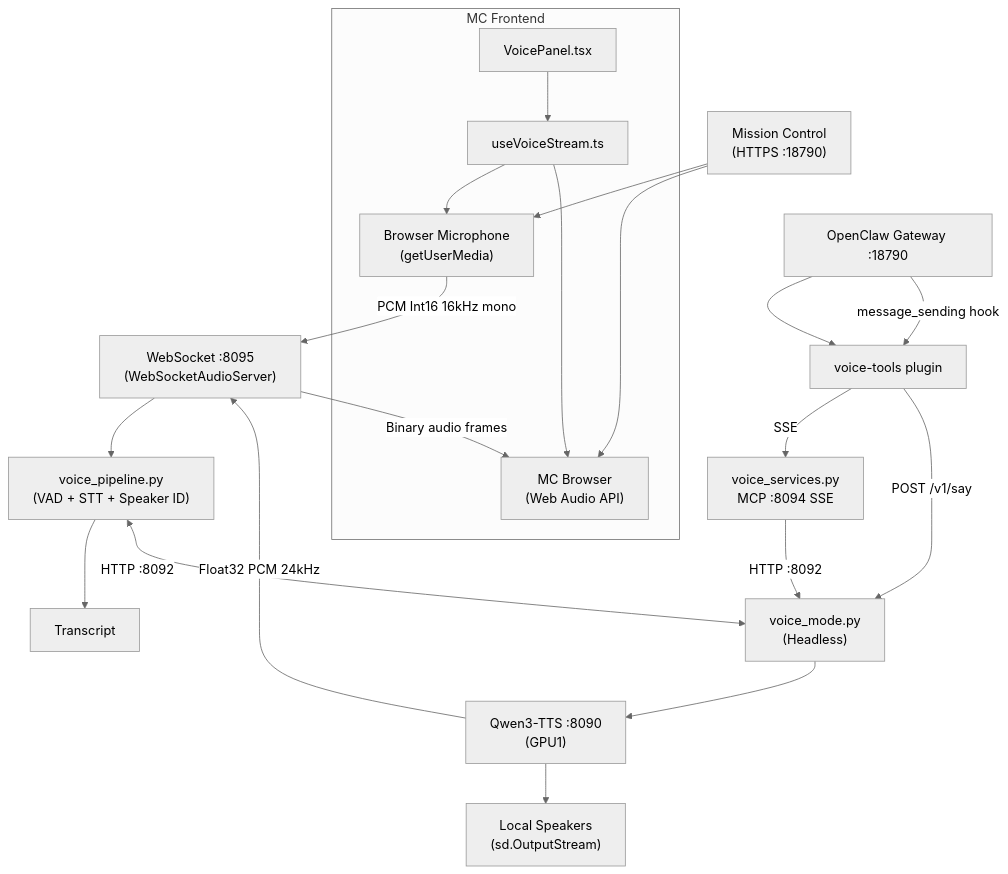
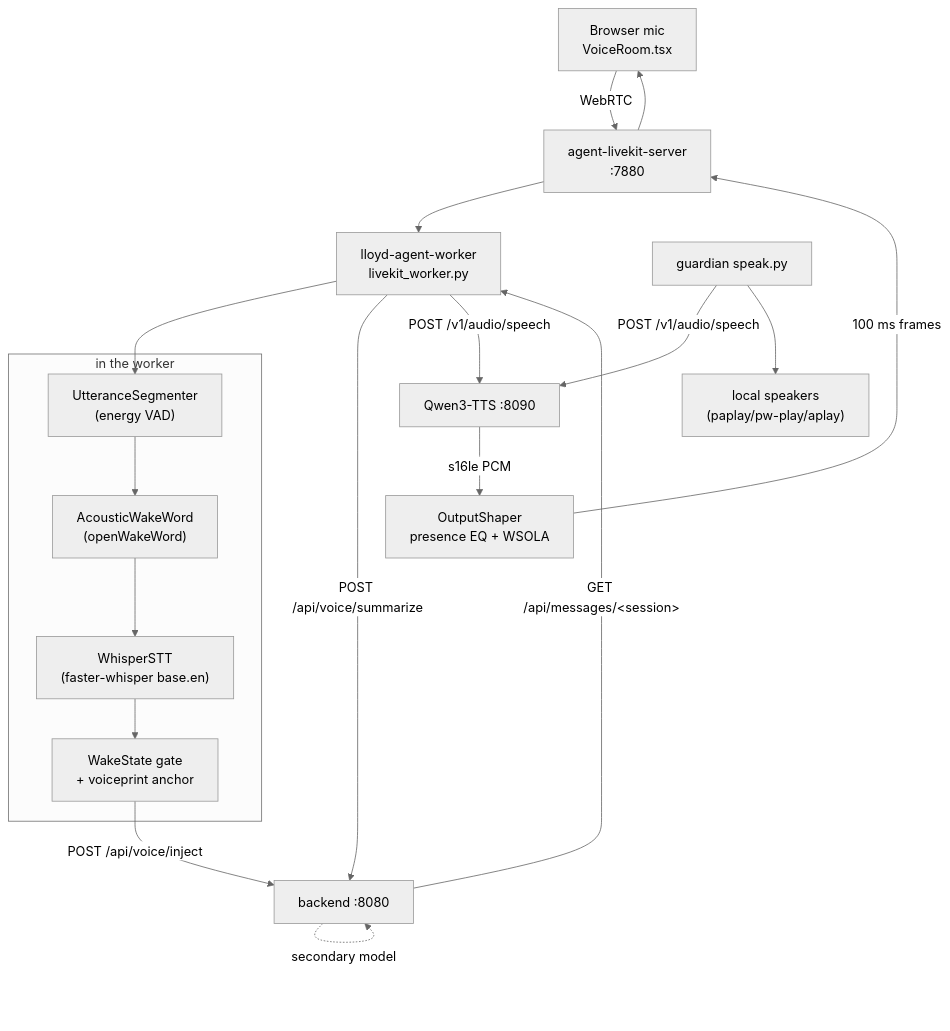
The diagram in architecture/voice.md (alansrobotlab2/lloyd), drawn with Mermaid (neutral theme) before and after one commit. The commit also changed other lines of this file and 40 other files, not shown here.

Commit message:
architecture docs:  consolidation and updates

````diff
--- a/architecture/voice.md
+++ b/architecture/voice.md
@@ -57,30 +42,25 @@
 ```mermaid
 graph TB
-    BrowserMic["Browser Microphone<br/>(getUserMedia)"] -->|"PCM Int16 16kHz mono"| WS["WebSocket :8095<br/>(WebSocketAudioServer)"]
-    WS --> VP["voice_pipeline.py<br/>(VAD + STT + Speaker ID)"]
-    VP --> Transcript["Transcript"]
+    Browser["Browser mic<br/>VoiceRoom.tsx"] -->|"WebRTC"| SFU["agent-livekit-server<br/>:7880"]
+    SFU --> Worker["lloyd-agent-worker<br/>livekit_worker.py"]
 
-    VP <-->|"HTTP :8092"| VM["voice_mode.py<br/>(Headless)"]
+    subgraph "in the worker"
+        VAD["UtteranceSegmenter<br/>(energy VAD)"] --> WW["AcousticWakeWord<br/>(openWakeWord)"]
+        WW --> STT["WhisperSTT<br/>(faster-whisper base.en)"]
+        STT --> Gate["WakeState gate<br/>+ voiceprint anchor"]
+    end
 
-    VMCP["voice_services.py<br/>MCP :8094 SSE"] -->|"HTTP :8092"| VM
-    VPlugin["voice-tools plugin"] -->|SSE| VMCP
-    GW["OpenClaw Gateway :18790"] --> VPlugin
+    Worker --> VAD
+    Gate -->|"POST /api/voice/inject"| Backend["backend :8080"]
 
-    GW -->|"message_sending hook"| VPlugin
-    VPlugin -->|"POST /v1/say"| VM
-    VM --> TTS["Qwen3-TTS :8090<br/>(GPU1)"]
-    TTS -->|"Float32 PCM 24kHz"| WS
-    WS -->|"Binary audio frames"| Browser["MC Browser<br/>(Web Audio API)"]
-    TTS --> Speakers["Local Speakers<br/>(sd.OutputStream)"]
+    Backend -->|"GET /api/messages/&lt;session&gt;"| Worker
+    Worker -->|"POST /api/voice/summarize"| Backend
+    Backend -.->|"secondary model"| Backend
+    Worker -->|"POST /v1/audio/speech"| TTS["Qwen3-TTS :8090"]
+    TTS -->|"s16le PCM"| Shaper["OutputShaper<br/>presence EQ + WSOLA"]
+    Shaper -->|"100 ms frames"| SFU
+    SFU --> Browser
 
-    MC["Mission Control<br/>(HTTPS :18790)"] --> BrowserMic
-    MC --> Browser
-
-    subgraph "MC Frontend"
-        VoicePanel["VoicePanel.tsx"]
-        UseVoice["useVoiceStream.ts"]
-        VoicePanel --> UseVoice
-        UseVoice --> BrowserMic
-        UseVoice --> Browser
-    end
+    Guardian["guardian speak.py"] -->|"POST /v1/audio/speech"| TTS
+    Guardian --> Speakers["local speakers<br/>(paplay/pw-play/aplay)"]
 ```
````
